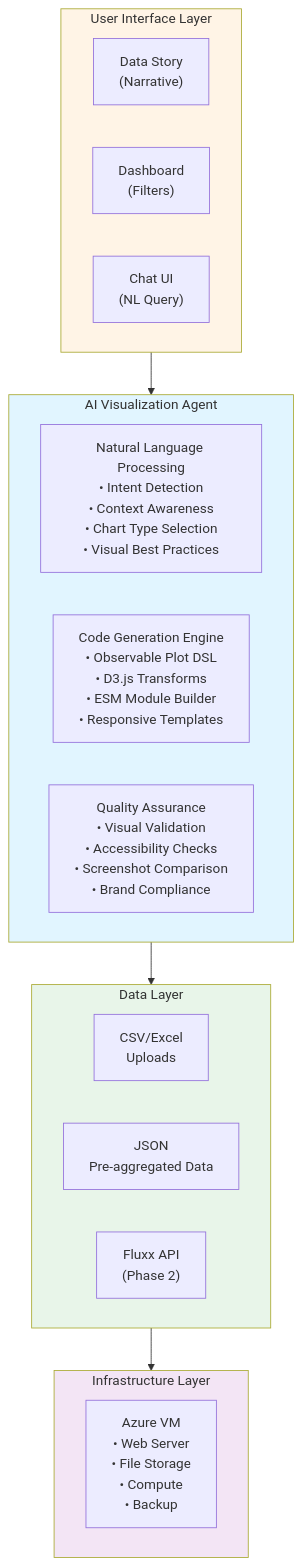
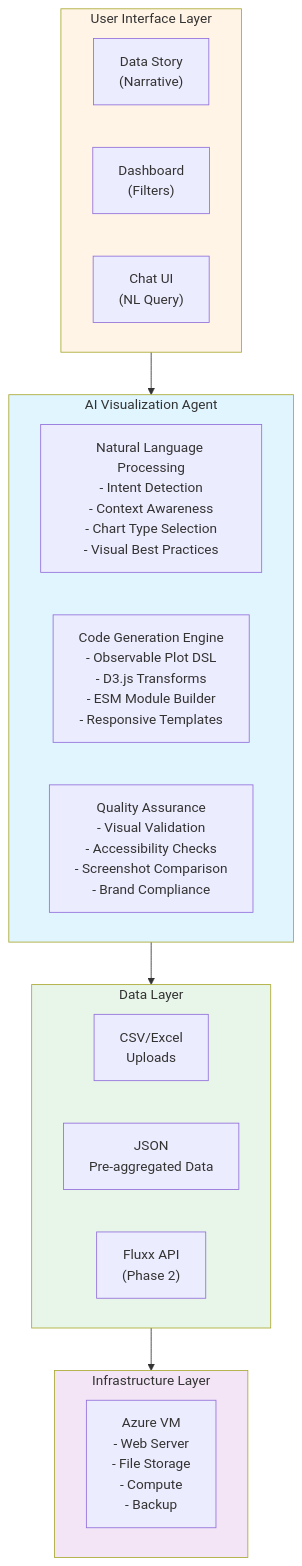
One commit to sanand0/tata-trust-data-visualization-rfp-2025 changed the diagram in response/README.md. Above: the diagram before and after it, drawn with Mermaid. The commit also changed 6 other files, not shown here.

First line of the commit message:
Fix Mermaid diagram and improve HTML generation system

````diff
--- a/response/README.md
+++ b/response/README.md
@@ -88,33 +88,33 @@
 ```mermaid
 graph TB
     subgraph UI["User Interface Layer"]
         Story["Data Story<br/>(Narrative)"]
         Dashboard["Dashboard<br/>(Filters)"]
         Chat["Chat UI<br/>(NL Query)"]
     end
 
     subgraph Agent["AI Visualization Agent"]
-        NLP["Natural Language Processing<br/>• Intent Detection<br/>• Context Awareness<br/>• Chart Type Selection<br/>• Visual Best Practices"]
-        CodeGen["Code Generation Engine<br/>• Observable Plot DSL<br/>• D3.js Transforms<br/>• ESM Module Builder<br/>• Responsive Templates"]
-        QA["Quality Assurance<br/>• Visual Validation<br/>• Accessibility Checks<br/>• Screenshot Comparison<br/>• Brand Compliance"]
+        NLP["Natural Language Processing<br/>- Intent Detection<br/>- Context Awareness<br/>- Chart Type Selection<br/>- Visual Best Practices"]
+        CodeGen["Code Generation Engine<br/>- Observable Plot DSL<br/>- D3.js Transforms<br/>- ESM Module Builder<br/>- Responsive Templates"]
+        QA["Quality Assurance<br/>- Visual Validation<br/>- Accessibility Checks<br/>- Screenshot Comparison<br/>- Brand Compliance"]
     end
 
     subgraph Data["Data Layer"]
         CSV["CSV/Excel<br/>Uploads"]
         JSON["JSON<br/>Pre-aggregated Data"]
         FluxAPI["Fluxx API<br/>(Phase 2)"]
     end
 
     subgraph Infra["Infrastructure Layer"]
-        Azure["Azure VM<br/>• Web Server<br/>• File Storage<br/>• Compute<br/>• Backup"]
+        Azure["Azure VM<br/>- Web Server<br/>- File Storage<br/>- Compute<br/>- Backup"]
     end
 
     UI --> Agent
     Agent --> Data
     Data --> Infra
 
     style Agent fill:#e1f5ff
     style UI fill:#fff4e6
     style Data fill:#e8f5e9
     style Infra fill:#f3e5f5
 ```
````
